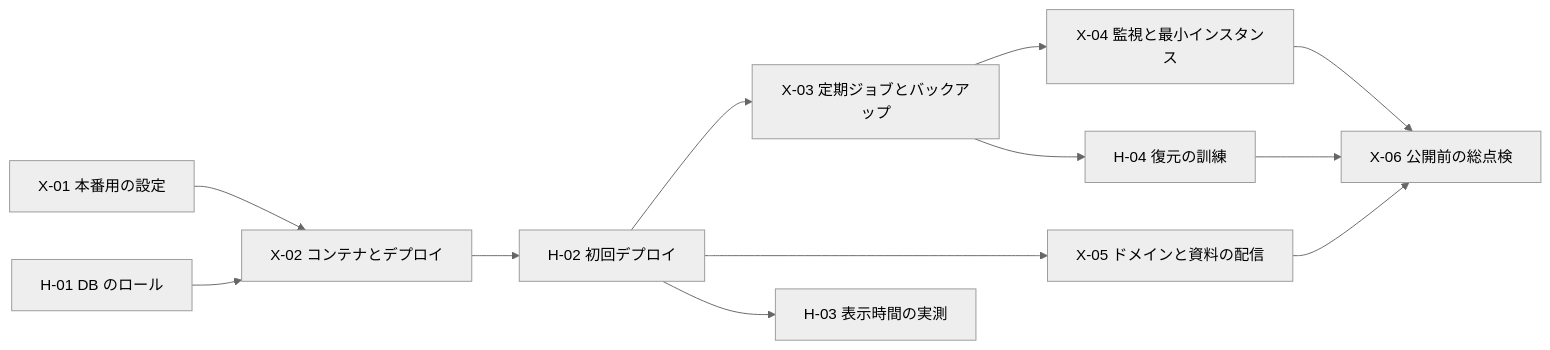
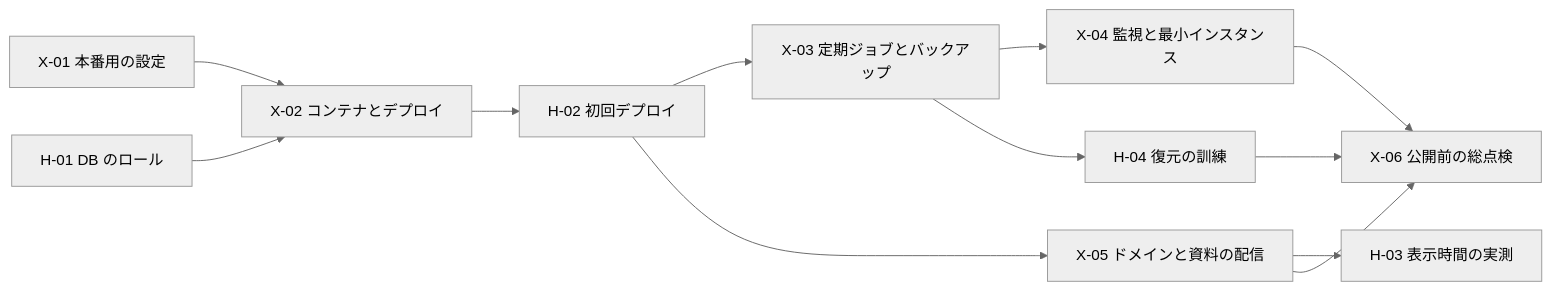
The diagram in docs/p1-tasks.md (naki27/beachball-portal), drawn with Mermaid (neutral theme) before and after one commit. The commit also changed other lines of this file and 1 other file, not shown here.

````diff
--- a/docs/p1-tasks.md
+++ b/docs/p1-tasks.md
@@ -15,14 +15,14 @@
 ```mermaid
 flowchart LR
   X01[X-01 本番用の設定] --> X02[X-02 コンテナとデプロイ]
   H01[H-01 DB のロール] --> X02
   X02 --> H02[H-02 初回デプロイ]
   H02 --> X03[X-03 定期ジョブとバックアップ]
   H02 --> X05[X-05 ドメインと資料の配信]
   X03 --> X04[X-04 監視と最小インスタンス]
   X03 --> H04[H-04 復元の訓練]
-  H02 --> H03[H-03 表示時間の実測]
+  X05 --> H03[H-03 表示時間の実測]
   X04 --> X06[X-06 公開前の総点検]
   X05 --> X06
   H04 --> X06
 ```
````
